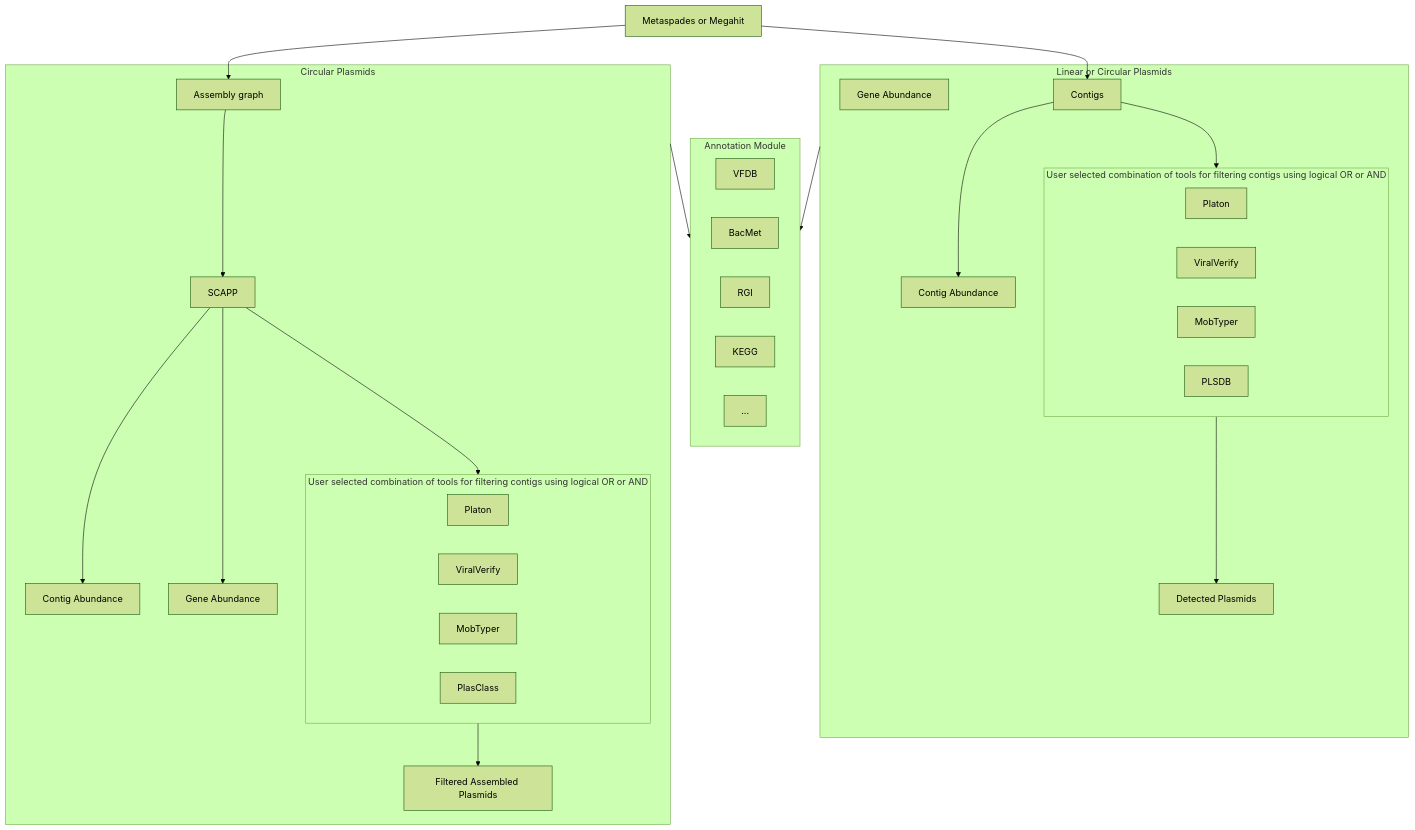
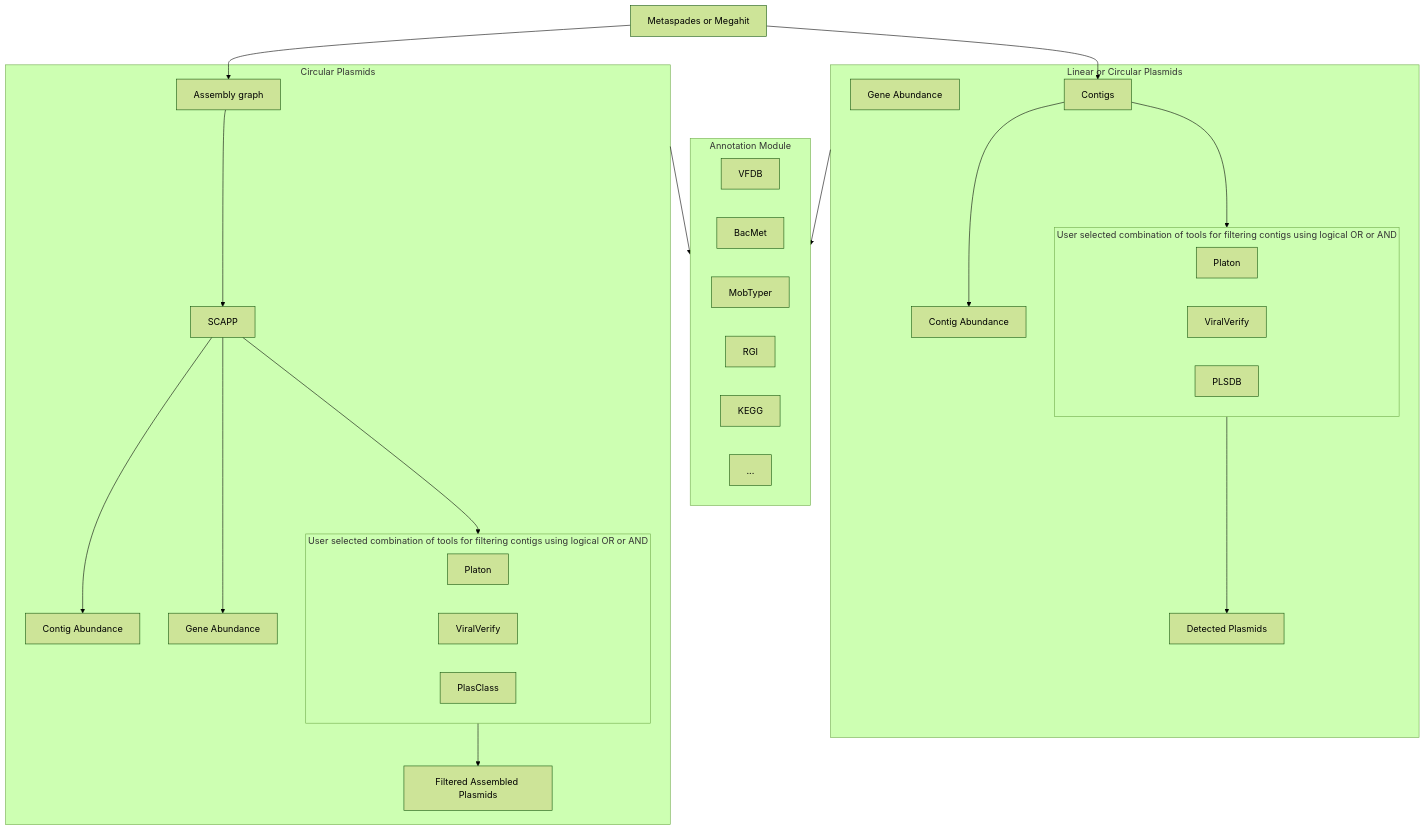
Before and after one commit to metagenomics/metagenomics-tk: the diagram in docs/modules/plasmids.md, drawn with Mermaid (forest theme).

Commit message:
fix(plasmids): update documentation regarding mobtyper

````diff
--- a/docs/modules/plasmids.md
+++ b/docs/modules/plasmids.md
@@ -51,44 +51,43 @@
     ```mermaid
     flowchart TD
         A[Metaspades or Megahit] --> C[Assembly graph] 
         subgraph circ [Circular Plasmids]
             C --> D[SCAPP]
             subgraph fc [User selected combination of tools for filtering contigs using logical OR or AND]
             direction LR
                 pa[Platon]
                 vi[ViralVerify]
-                mo[MobTyper]
                 plc[PlasClass]
             end
             D --> fc
             D --> ca[Contig Abundance]
             D --> ga[Gene Abundance]
             fc --> ap[Filtered Assembled Plasmids]
         end
         subgraph luc [Linear or Circular Plasmids]
         gac[Gene Abundance] 
         c[Contigs]
             subgraph fl [User selected combination of tools for filtering contigs using logical OR or AND]
             direction LR
                 p[Platon]
                 v[ViralVerify]
-                m[MobTyper]
                 pl[PlasClass]
             end
         d[Detected Plasmids]
         c --> cac[Contig Abundance]
         end
         A --> c --> fl
         fl --> d
     
         subgraph an [Annotation Module]
             vf[VFDB]
             ba[BacMet]
             pl[PLSDB]
+            m[MobTyper]
             rgi[RGI]
             ke[KEGG]
             o[...]
         end
         luc --> an
         circ --> an
     ```
````
